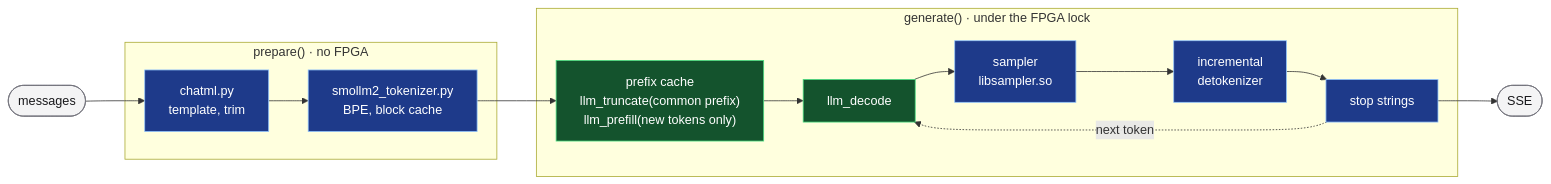
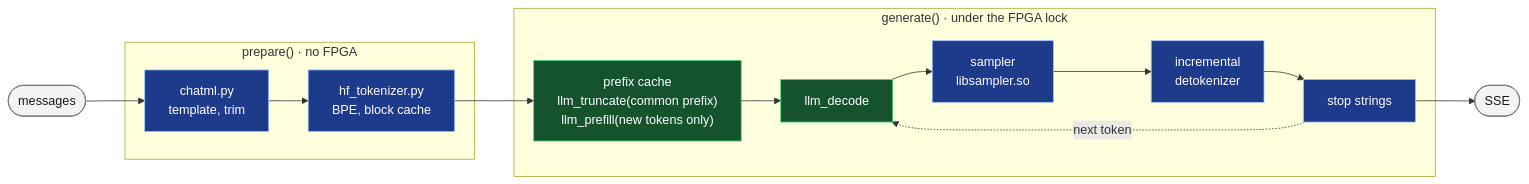
One commit to phoenix367/cormorant changed the diagram in demo/chat/doc/SMOLLM2.md. Above: the diagram before and after it, drawn with Mermaid. The commit also changed 56 other files, not shown here.

````diff
--- a/demo/chat/doc/SMOLLM2.md
+++ b/demo/chat/doc/SMOLLM2.md
@@ -210,25 +210,25 @@
 ```mermaid
 %%{init: {"flowchart": {"wrappingWidth": 300}}}%%
 flowchart LR
     msg(["messages"])
     subgraph prepare["prepare() · no FPGA"]
-        tpl["chatml.py<br/>template, trim"] --> tok["smollm2_tokenizer.py<br/>BPE, block cache"]
+        tpl["chatml.py<br/>template, trim"] --> tok["hf_tokenizer.py<br/>BPE, block cache"]
     end
     subgraph generate["generate() · under the FPGA lock"]
         pre["prefix cache<br/>llm_truncate(common prefix)<br/>llm_prefill(new tokens only)"]
         dec["llm_decode"] --> smp["sampler<br/>libsampler.so"] --> detok["incremental<br/>detokenizer"] --> stop["stop strings"]
         pre --> dec
         stop -. "next token" .-> dec
     end
     sse(["SSE"])
     msg --> tpl
     tok --> pre
     stop --> sse
 
     classDef fpga fill:#14532d,stroke:#4ade80,color:#ffffff
     classDef host fill:#1e3a8a,stroke:#93c5fd,color:#ffffff
     classDef io fill:#f4f4f5,stroke:#71717a,color:#18181b
     class pre,dec fpga
     class tpl,tok,smp,detok,stop host
     class msg,sse io
 ```
````
